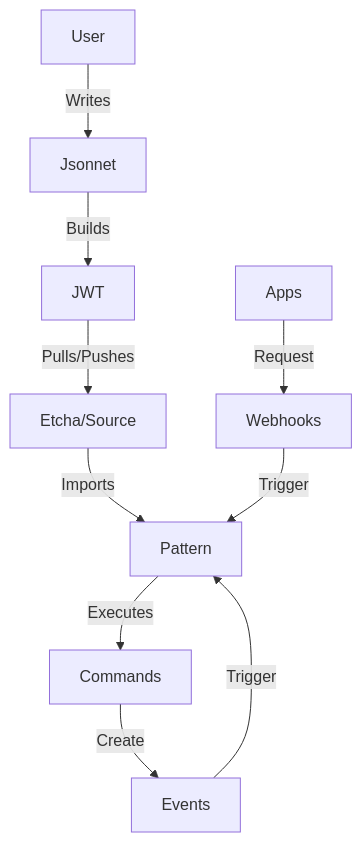
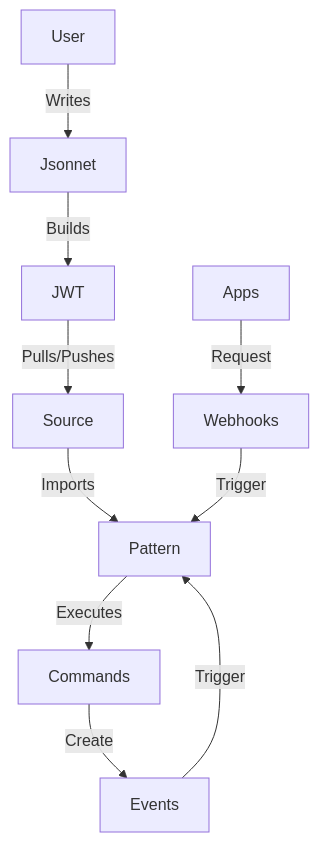
Before and after one commit to candiddev/etcha: the diagram in hugo/content/docs/explanations/etcha-101.md, drawn with Mermaid. The commit also changed other lines of this file and 11 other files, not shown here.

````diff
--- a/hugo/content/docs/explanations/etcha-101.md
+++ b/hugo/content/docs/explanations/etcha-101.md
@@ -113,24 +113,24 @@
 ```mermaid
 flowchart TD
   apps[Apps]
   commands[Commands]
   events[Events]
   jsonnet[Jsonnet]
   jwt[JWT]
   pattern[Pattern]
-  source[Etcha/Source]
+  source[Source]
   user[User]
   webhooks[Webhooks]
 
   user -- Writes --> jsonnet
   jsonnet -- Builds --> jwt
   jwt -- Pulls/Pushes --> source
   source -- Imports --> pattern
   pattern -- Executes --> commands
 
   commands -- Create --> events
   events -- Trigger --> pattern
 
   apps -- Request --> webhooks
   webhooks -- Trigger --> pattern
 ```
````
